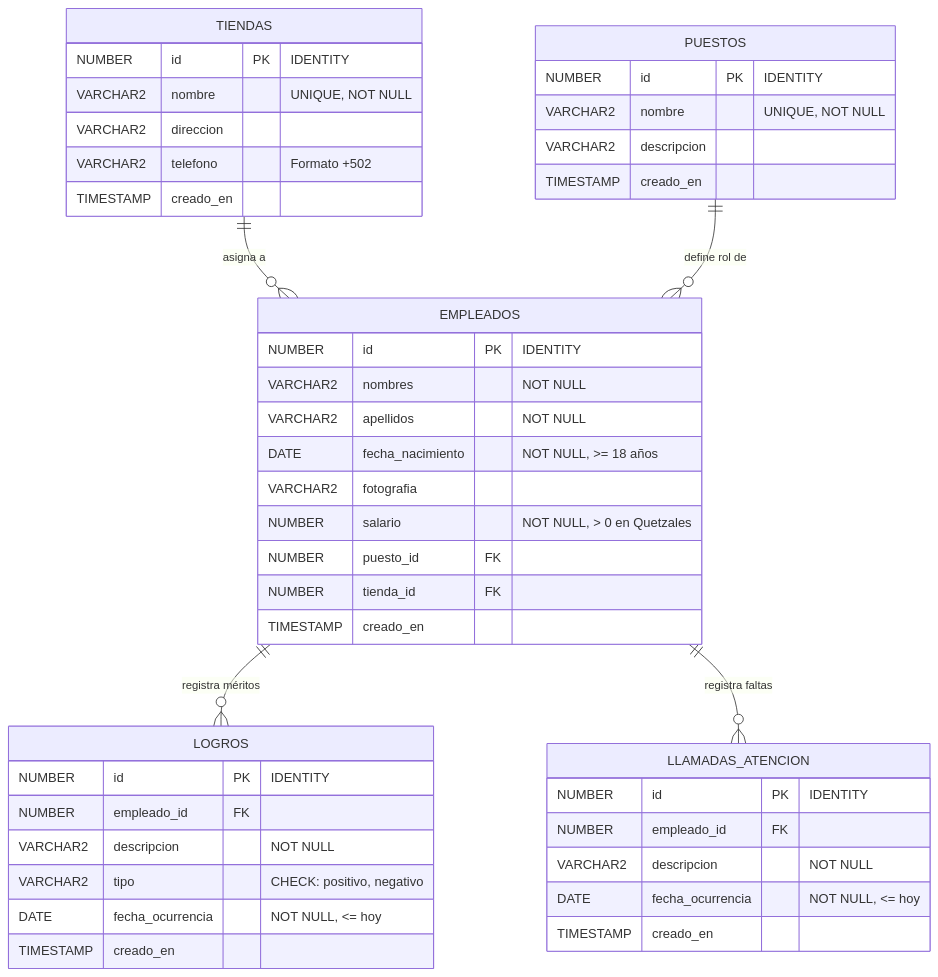
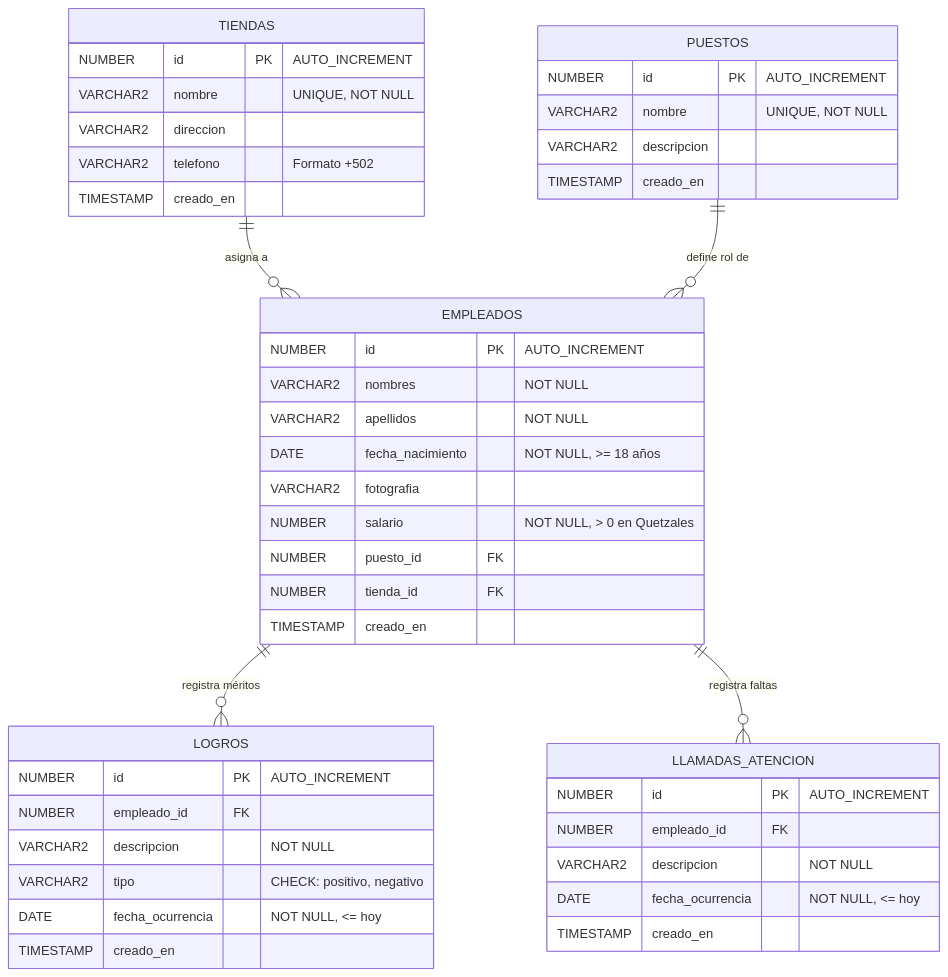
Before and after one commit to Snayersh/Cakephp: the diagram in README.md, drawn with Mermaid. The commit also changed other lines of this file and 8 other files, not shown here.

````diff
--- a/README.md
+++ b/README.md
@@ -92,51 +92,51 @@
 ```mermaid
 erDiagram
     TIENDAS ||--o{ EMPLEADOS : "asigna a"
     PUESTOS ||--o{ EMPLEADOS : "define rol de"
     EMPLEADOS ||--o{ LOGROS : "registra méritos"
     EMPLEADOS ||--o{ LLAMADAS_ATENCION : "registra faltas"
 
     TIENDAS {
-        NUMBER id PK "IDENTITY"
+        NUMBER id PK "AUTO_INCREMENT"
         VARCHAR2 nombre "UNIQUE, NOT NULL"
         VARCHAR2 direccion
         VARCHAR2 telefono "Formato +502"
         TIMESTAMP creado_en
     }
 
     PUESTOS {
-        NUMBER id PK "IDENTITY"
+        NUMBER id PK "AUTO_INCREMENT"
         VARCHAR2 nombre "UNIQUE, NOT NULL"
         VARCHAR2 descripcion
         TIMESTAMP creado_en
     }
 
     EMPLEADOS {
-        NUMBER id PK "IDENTITY"
+        NUMBER id PK "AUTO_INCREMENT"
         VARCHAR2 nombres "NOT NULL"
         VARCHAR2 apellidos "NOT NULL"
         DATE fecha_nacimiento "NOT NULL, >= 18 años"
         VARCHAR2 fotografia
         NUMBER salario "NOT NULL, > 0 en Quetzales"
         NUMBER puesto_id FK
         NUMBER tienda_id FK
         TIMESTAMP creado_en
     }
 
     LOGROS {
-        NUMBER id PK "IDENTITY"
+        NUMBER id PK "AUTO_INCREMENT"
         NUMBER empleado_id FK
         VARCHAR2 descripcion "NOT NULL"
         VARCHAR2 tipo "CHECK: positivo, negativo"
         DATE fecha_ocurrencia "NOT NULL, <= hoy"
         TIMESTAMP creado_en
     }
 
     LLAMADAS_ATENCION {
-        NUMBER id PK "IDENTITY"
+        NUMBER id PK "AUTO_INCREMENT"
         NUMBER empleado_id FK
         VARCHAR2 descripcion "NOT NULL"
         DATE fecha_ocurrencia "NOT NULL, <= hoy"
         TIMESTAMP creado_en
     }
 ```
````
